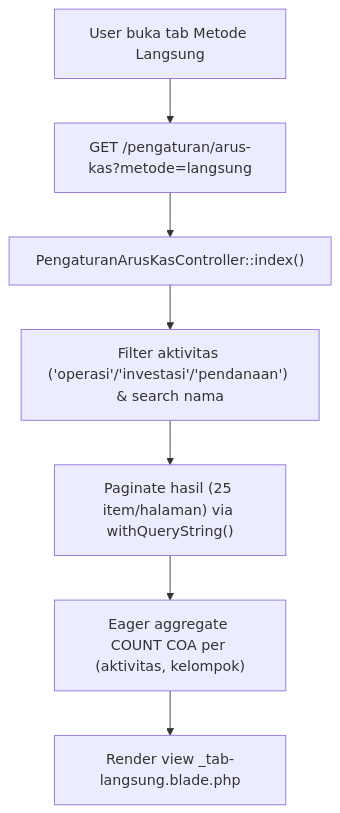
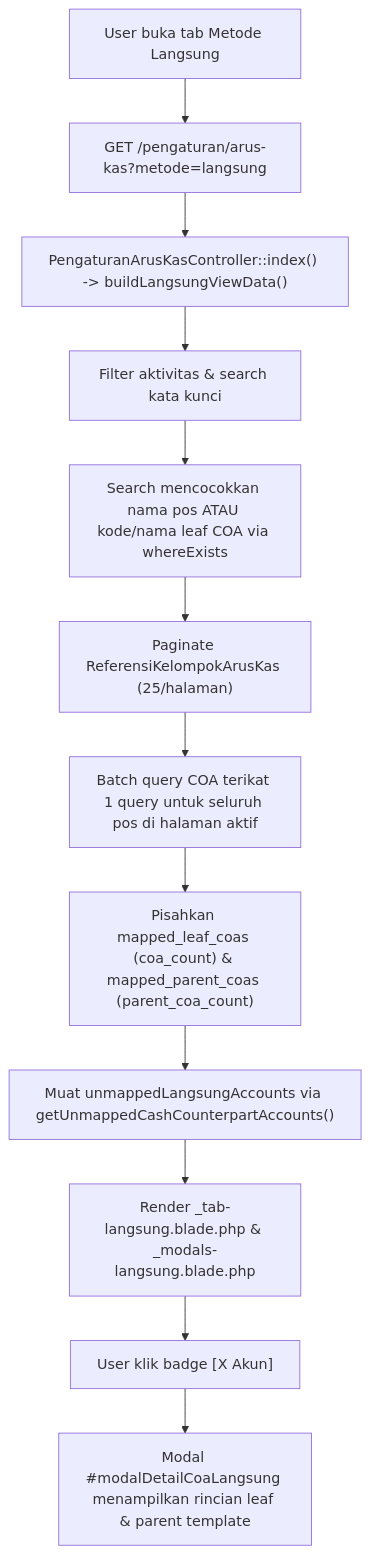
One commit to AltamaSidoarjo/laravel-siakurat-pt-smt changed the second of 10 diagrams in dokumentasi/pengaturan-arus-kas.md. Above: the diagram before and after it, drawn with Mermaid. The commit also changed other lines of this file and 1 other file, not shown here.

Commit message:
docs(arus-kas): document Stage 2 direct COA mapping and cash counterpart scanner

````diff
--- a/dokumentasi/pengaturan-arus-kas.md
+++ b/dokumentasi/pengaturan-arus-kas.md
@@ -164,9 +220,14 @@
 ```mermaid
 flowchart TD
     A["User buka tab Metode Langsung"] --> B["GET /pengaturan/arus-kas?metode=langsung"]
-    B --> C["PengaturanArusKasController::index()"]
-    C --> D["Filter aktivitas ('operasi'/'investasi'/'pendanaan') & search nama"]
-    D --> E["Paginate hasil (25 item/halaman) via withQueryString()"]
-    E --> F["Eager aggregate COUNT COA per (aktivitas, kelompok)"]
-    F --> G["Render view _tab-langsung.blade.php"]
+    B --> C["PengaturanArusKasController::index() -> buildLangsungViewData()"]
+    C --> D["Filter aktivitas & search kata kunci"]
+    D --> E["Search mencocokkan nama pos ATAU kode/nama leaf COA via whereExists"]
+    E --> F["Paginate ReferensiKelompokArusKas (25/halaman)"]
+    F --> G["Batch query COA terikat 1 query untuk seluruh pos di halaman aktif"]
+    G --> H["Pisahkan mapped_leaf_coas (coa_count) & mapped_parent_coas (parent_coa_count)"]
+    H --> I["Muat unmappedLangsungAccounts via getUnmappedCashCounterpartAccounts()"]
+    I --> J["Render _tab-langsung.blade.php & _modals-langsung.blade.php"]
+    J --> K["User klik badge [X Akun]"]
+    K --> L["Modal #modalDetailCoaLangsung menampilkan rincian leaf & parent template"]
 ```
````
